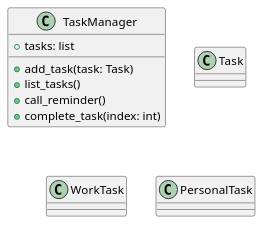
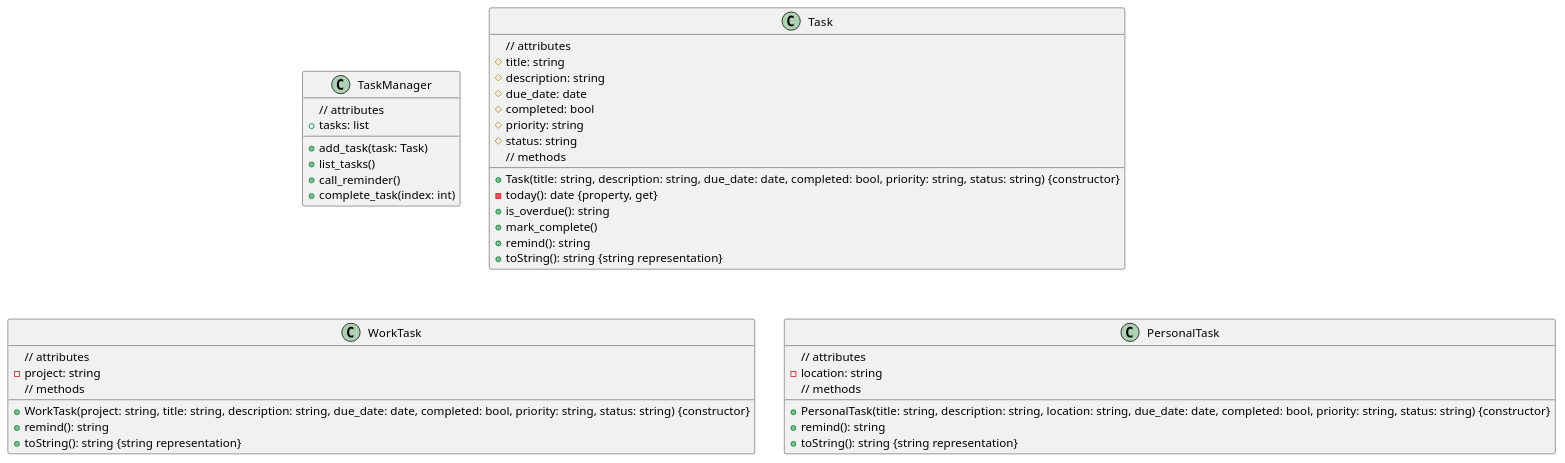
Before and after one commit to KaiE-Cloud/OOP-GFN: the diagram in taskManager_UML.puml, drawn with PlantUML. The commit also changed 1 other file, not shown here.

```diff
--- a/taskManager_UML.puml
+++ b/taskManager_UML.puml
@@ -1,23 +1,47 @@
 @startuml TaskManager
 
 class TaskManager {
+    // attributes
     + tasks: list
     + add_task(task: Task)
     + list_tasks()
     + call_reminder()
     + complete_task(index: int)
 }
 
 class Task {
-    
+    // attributes
+    # title: string
+    # description: string
+    # due_date: date
+    # completed: bool
+    # priority: string
+    # status: string
+    // methods
+    + Task(title: string, description: string, due_date: date, completed: bool, priority: string, status: string) {constructor}
+    - today(): date {property, get}
+    + is_overdue(): string
+    + mark_complete()
+    + remind(): string
+    + toString(): string {string representation}
 }
 
 class WorkTask {
-    
+    // attributes
+    - project: string
+    // methods
+    + WorkTask(project: string, title: string, description: string, due_date: date, completed: bool, priority: string, status: string) {constructor}
+    + remind(): string
+    + toString(): string {string representation}
 }
 
 class PersonalTask {
-    
+    // attributes
+    - location: string
+    // methods
+    + PersonalTask(title: string, description: string, location: string, due_date: date, completed: bool, priority: string, status: string) {constructor}
+    + remind(): string
+    + toString(): string {string representation}
 }
 
 @enduml
```
